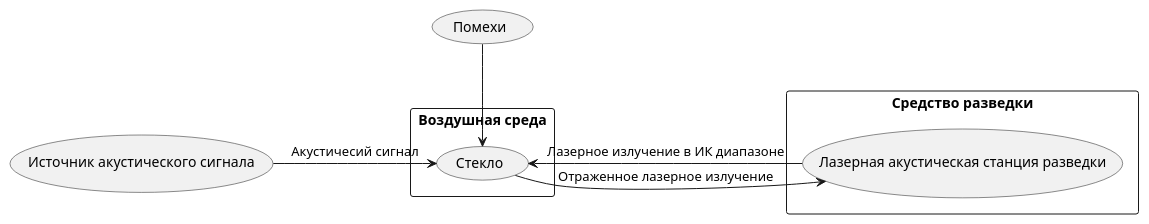
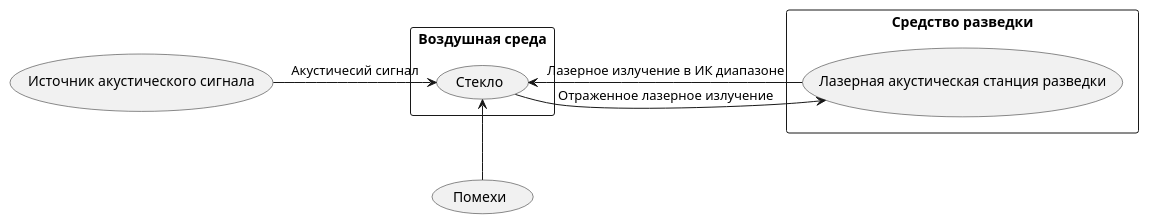
Before and after one commit to almkuznetsov/bmstu-kb: the diagram in Заметки/Оптико-электронный (лазерный) канал.md, drawn with PlantUML. The commit also changed 19 other files, not shown here.

````diff
--- a/Заметки/Оптико-электронный (лазерный) канал.md
+++ b/Заметки/Оптико-электронный (лазерный) канал.md
@@ -3,14 +3,14 @@
 ```plantuml
 usecase "Источник акустического сигнала" as IAS
 rectangle "Воздушная среда" {
 usecase "Стекло" as Glass
 }
 IAS -right-> (Glass) : Акустичесий сигнал 
 rectangle "Средство разведки" {
 usecase "Лазерная акустическая станция разведки" as LASR
 }
 Glass -right-> (LASR) : Отраженное лазерное излучение
 LASR -left-> (Glass) : Лазерное излучение в ИК диапазоне
 usecase "Помехи" as Pomehi
-Pomehi -down-> Glass
+Pomehi -up-> Glass
 ```
````
